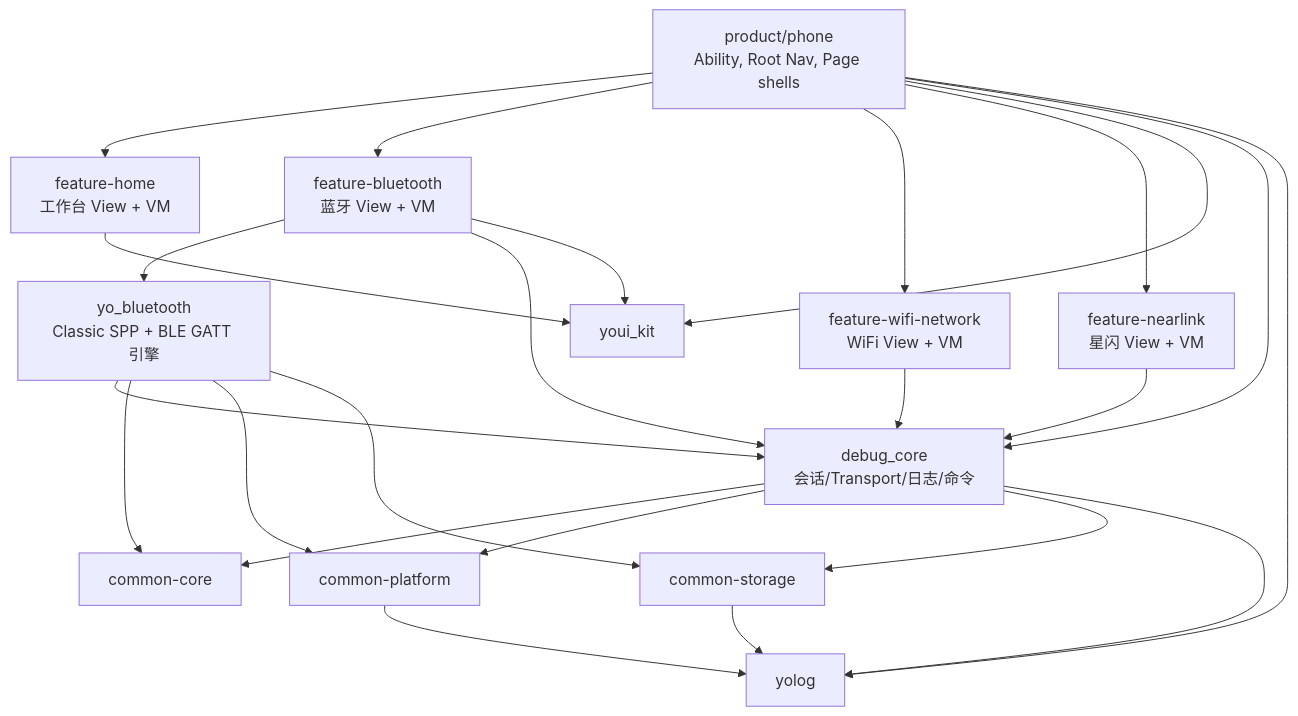
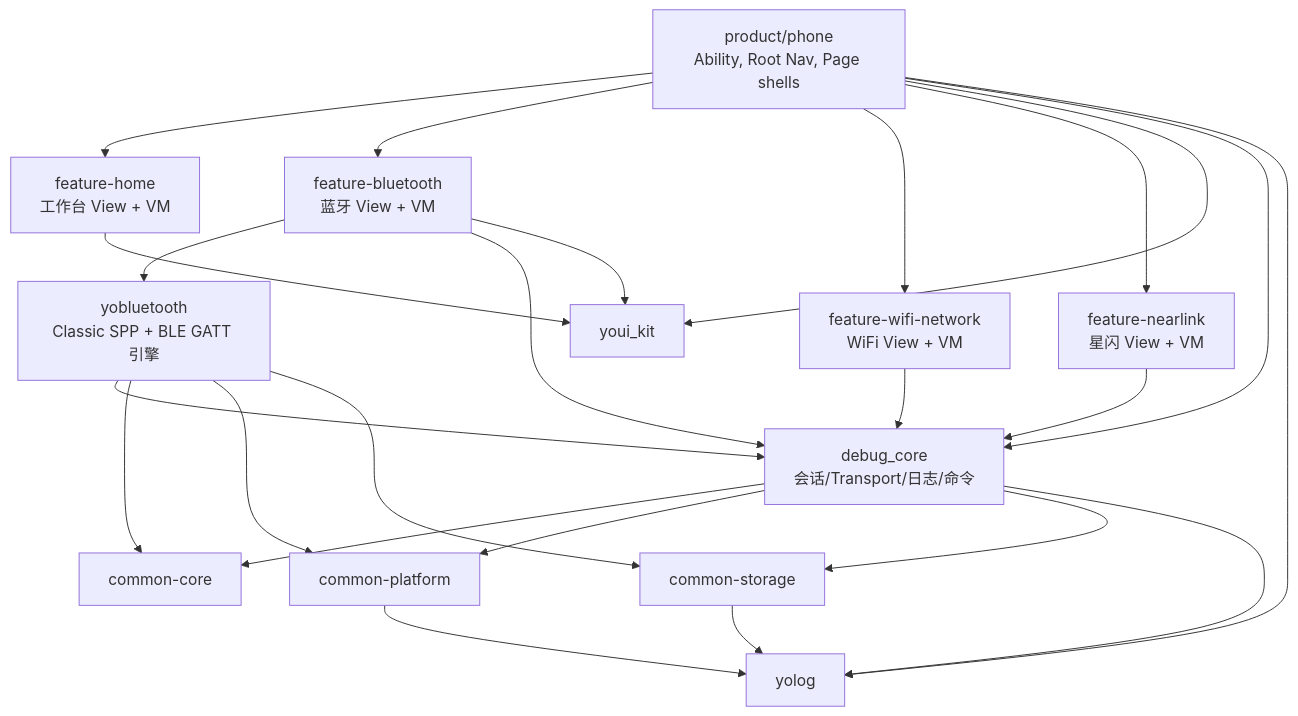
Before and after one commit to yohurm/HarmonyOS-YoWireTools: the diagram in .projectark/5-架构设计/无线调试工具/00-总体架构与工程模块化设计.md, drawn with Mermaid. The commit also changed other lines of this file and 122 other files, not shown here.

First line of the commit message:
refactor : 将 yo_bluetooth 重命名为 yobluetooth

````diff
--- a/.projectark/5-架构设计/无线调试工具/00-总体架构与工程模块化设计.md
+++ b/.projectark/5-架构设计/无线调试工具/00-总体架构与工程模块化设计.md
@@ -61,41 +61,41 @@
 ```mermaid
 flowchart TB
   Product["product/phone<br/>Ability, Root Nav, Page shells"]
 
   Home["feature-home<br/>工作台 View + VM"]
   Bt["feature-bluetooth<br/>蓝牙 View + VM"]
   Wifi["feature-wifi-network<br/>WiFi View + VM"]
   Nl["feature-nearlink<br/>星闪 View + VM"]
 
-  YoBt["yo_bluetooth<br/>Classic SPP + BLE GATT 引擎"]
+  YoBt["yobluetooth<br/>Classic SPP + BLE GATT 引擎"]
   DebugCore["debug_core<br/>会话/Transport/日志/命令"]
   CommonCore["common-core"]
   YoLog["yolog"]
   YouiKit["youi_kit"]
   CommonPlatform["common-platform"]
   CommonStorage["common-storage"]
 
   Product --> Home
   Product --> Bt
   Product --> Wifi
   Product --> Nl
   Product --> YouiKit
   Product --> DebugCore
   Product --> YoLog
   Bt --> YoBt
   Bt --> DebugCore
   Wifi --> DebugCore
   Nl --> DebugCore
   YoBt --> DebugCore
   YoBt --> CommonCore
   YoBt --> CommonPlatform
   YoBt --> CommonStorage
   DebugCore --> CommonCore
   DebugCore --> CommonPlatform
   DebugCore --> CommonStorage
   DebugCore --> YoLog
   CommonPlatform --> YoLog
   CommonStorage --> YoLog
   Home --> YouiKit
   Bt --> YouiKit
 ```
````
